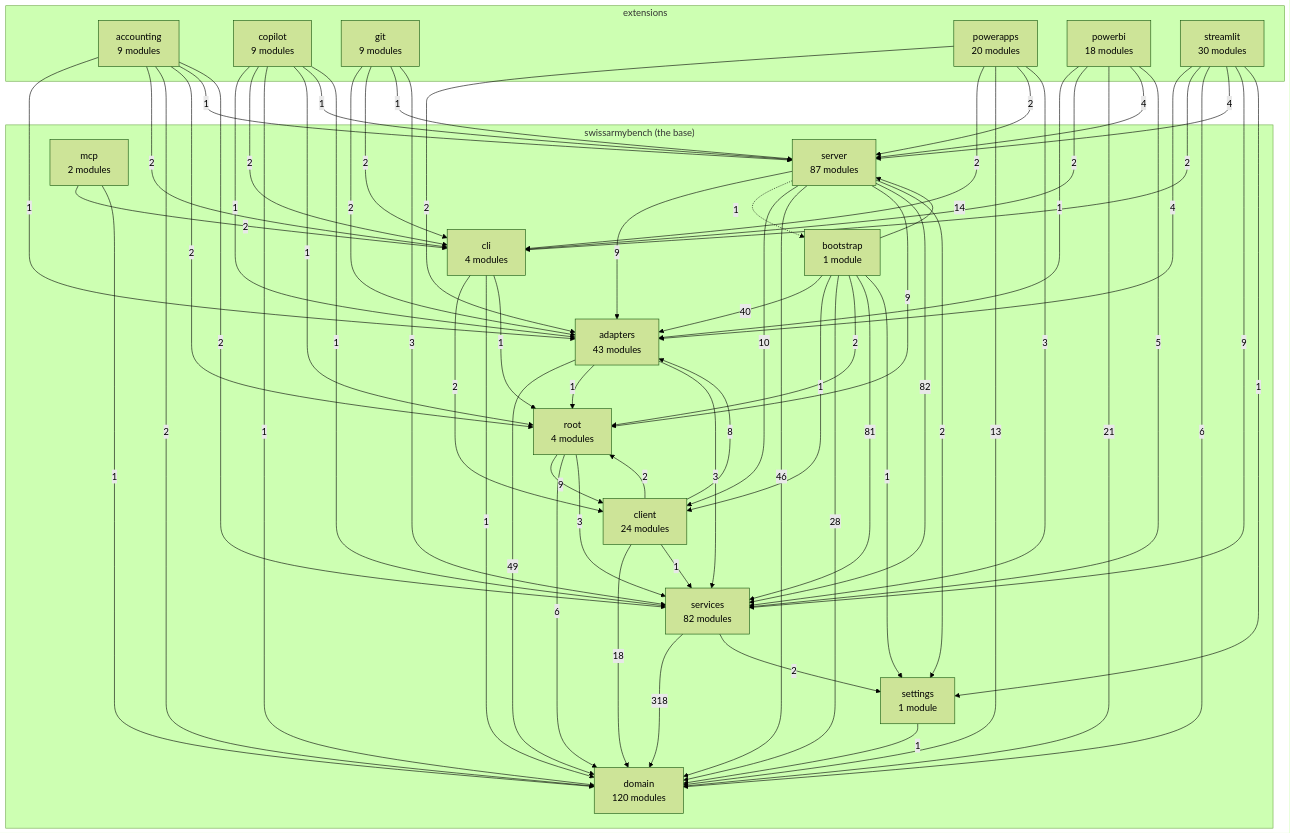
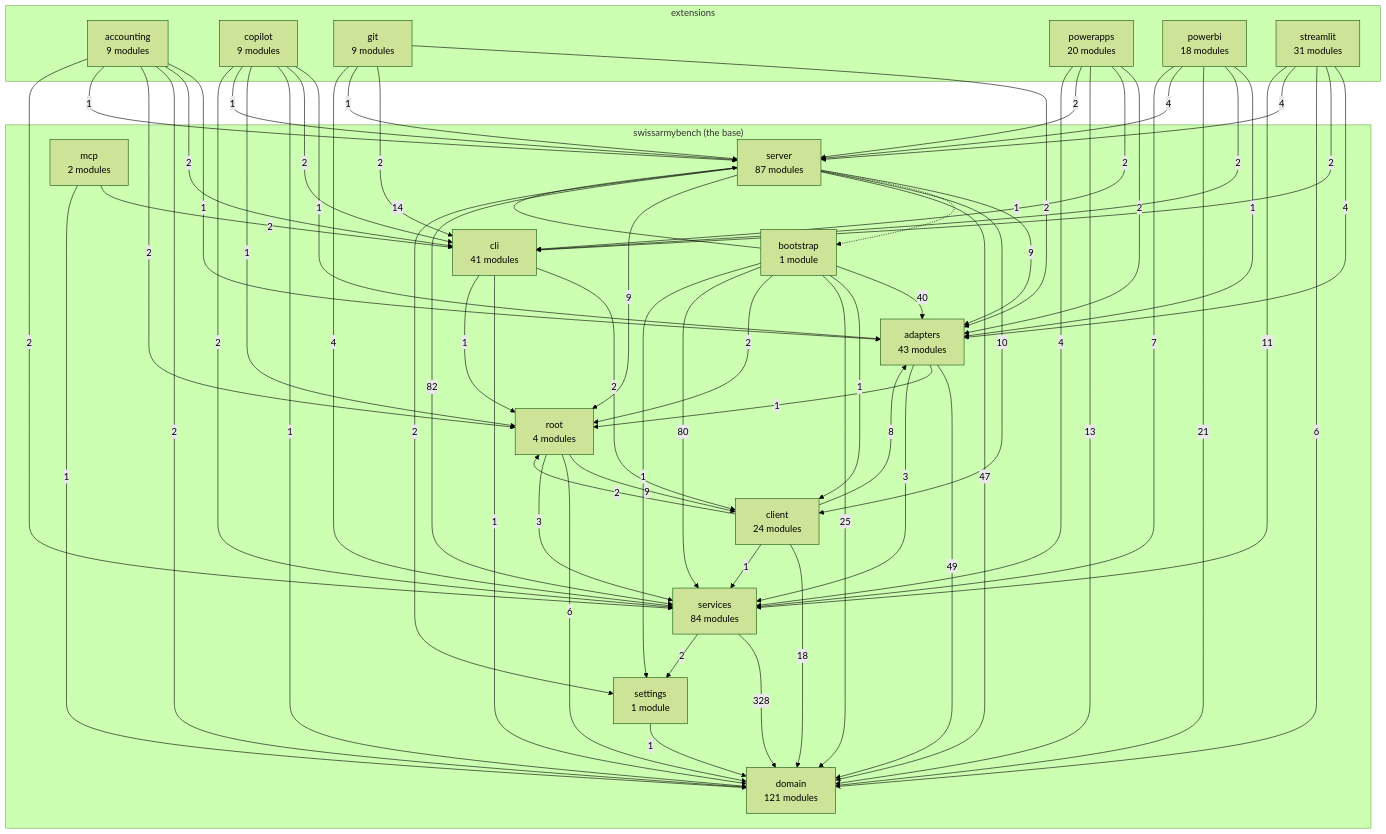
The diagram in docs/architecture-map.md (DylanCodyBrown/SwissArmyBench), drawn with Mermaid (forest theme) before and after one commit. The commit also changed other lines of this file and 3 other files, not shown here.

````diff
--- a/docs/architecture-map.md
+++ b/docs/architecture-map.md
@@ -17,11 +17,11 @@
 ```mermaid
 flowchart TB
     subgraph base["swissarmybench (the base)"]
-        domain["domain<br/>120 modules"]
+        domain["domain<br/>121 modules"]
         settings["settings<br/>1 module"]
-        services["services<br/>82 modules"]
+        services["services<br/>84 modules"]
         adapters["adapters<br/>43 modules"]
-        cli["cli<br/>4 modules"]
+        cli["cli<br/>41 modules"]
         client["client<br/>24 modules"]
         root["root<br/>4 modules"]
         server["server<br/>87 modules"]
@@ -34,17 +34,17 @@
         ext_git["git<br/>9 modules"]
         ext_powerapps["powerapps<br/>20 modules"]
         ext_powerbi["powerbi<br/>18 modules"]
-        ext_streamlit["streamlit<br/>30 modules"]
+        ext_streamlit["streamlit<br/>31 modules"]
     end
     adapters -->|49| domain
     adapters -->|1| root
     adapters -->|3| services
     bootstrap -->|40| adapters
     bootstrap -->|1| client
-    bootstrap -->|28| domain
+    bootstrap -->|25| domain
     bootstrap -->|2| root
     bootstrap -->|14| server
-    bootstrap -->|81| services
+    bootstrap -->|80| services
     bootstrap -->|1| settings
     cli -->|2| client
     cli -->|1| domain
@@ -64,27 +64,26 @@
     ext_copilot -->|1| domain
     ext_copilot -->|1| root
     ext_copilot -->|1| server
-    ext_copilot -->|1| services
+    ext_copilot -->|2| services
     ext_git -->|2| adapters
     ext_git -->|2| cli
     ext_git -->|1| server
-    ext_git -->|3| services
+    ext_git -->|4| services
     ext_powerapps -->|2| adapters
     ext_powerapps -->|2| cli
     ext_powerapps -->|13| domain
     ext_powerapps -->|2| server
-    ext_powerapps -->|3| services
+    ext_powerapps -->|4| services
     ext_powerbi -->|1| adapters
     ext_powerbi -->|2| cli
     ext_powerbi -->|21| domain
     ext_powerbi -->|4| server
-    ext_powerbi -->|5| services
+    ext_powerbi -->|7| services
     ext_streamlit -->|4| adapters
     ext_streamlit -->|2| cli
     ext_streamlit -->|6| domain
     ext_streamlit -->|4| server
-    ext_streamlit -->|9| services
-    ext_streamlit -->|1| settings
+    ext_streamlit -->|11| services
     mcp -->|2| cli
     mcp -->|1| domain
     root -->|9| client
@@ -93,11 +92,11 @@
     server -->|9| adapters
     server -.->|1| bootstrap
     server -->|10| client
-    server -->|46| domain
+    server -->|47| domain
     server -->|9| root
     server -->|82| services
     server -->|2| settings
-    services -->|318| domain
+    services -->|328| domain
     services -->|2| settings
     settings -->|1| domain
 ```
````
